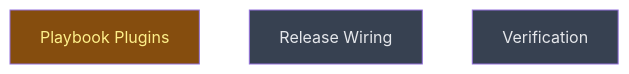
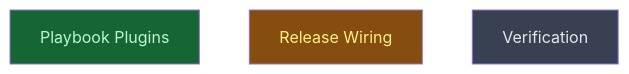
One commit to CrackingShells/cracking-shells-playbook changed the diagram in __roadmap__/agent_plugin_nest/generator/rollout/README.md. Above: the diagram before and after it, drawn with Mermaid. The commit also changed other lines of this file, not shown here.

First paragraph of the commit message:
chore(roadmap): playbook_plugins done, release_wiring in progress
Five plugin roots exist and every name matches its Nest entry. The spec
declares hub mode, so no marketplace file is written here and Nest keeps sole
ownership of the cracking-shells name.

````diff
--- a/__roadmap__/agent_plugin_nest/generator/rollout/README.md
+++ b/__roadmap__/agent_plugin_nest/generator/rollout/README.md
@@ -23,11 +23,11 @@
 ```mermaid
 graph TD
-    playbook_plugins[Playbook Plugins]:::inprogress
-    release_wiring[Release Wiring]:::planned
+    playbook_plugins[Playbook Plugins]:::done
+    release_wiring[Release Wiring]:::inprogress
     verify[Verification]:::planned
     classDef done       fill:#166534,color:#bbf7d0
     classDef inprogress fill:#854d0e,color:#fef08a
     classDef planned    fill:#374151,color:#e5e7eb
     classDef amendment  fill:#1e3a5f,color:#bfdbfe
     classDef blocked    fill:#7f1d1d,color:#fecaca
 ```
````
